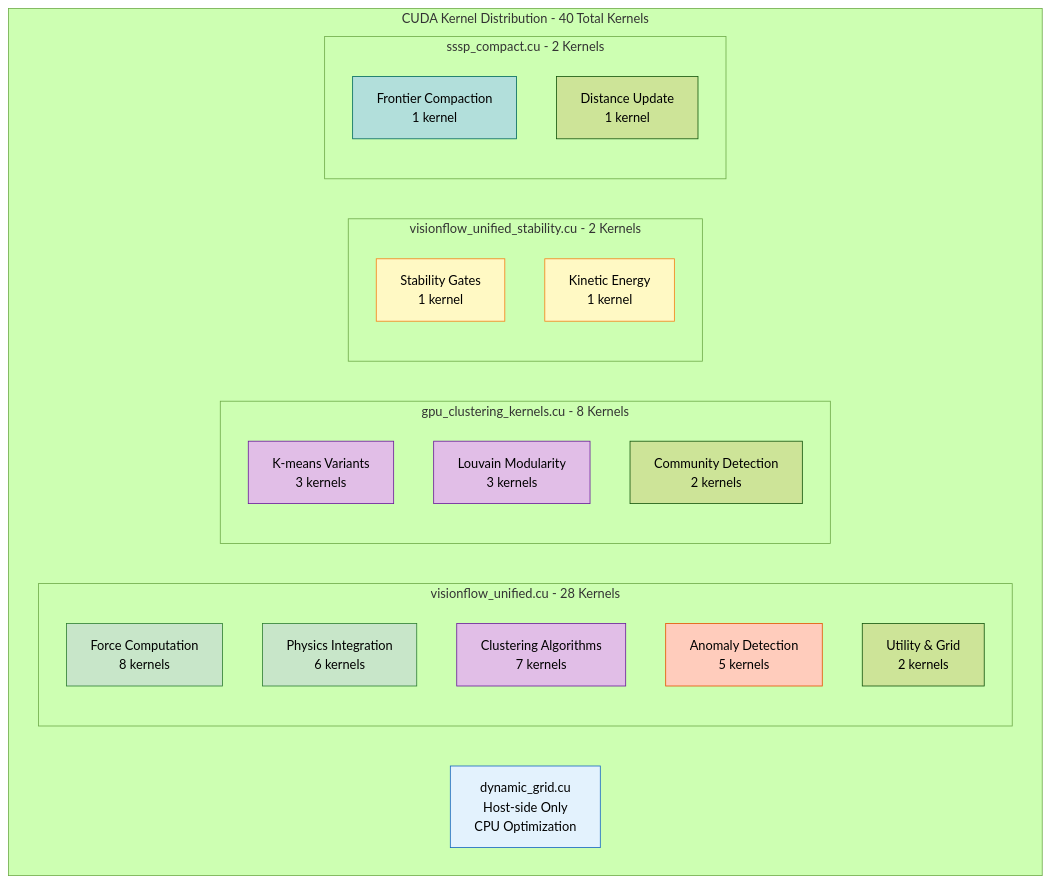
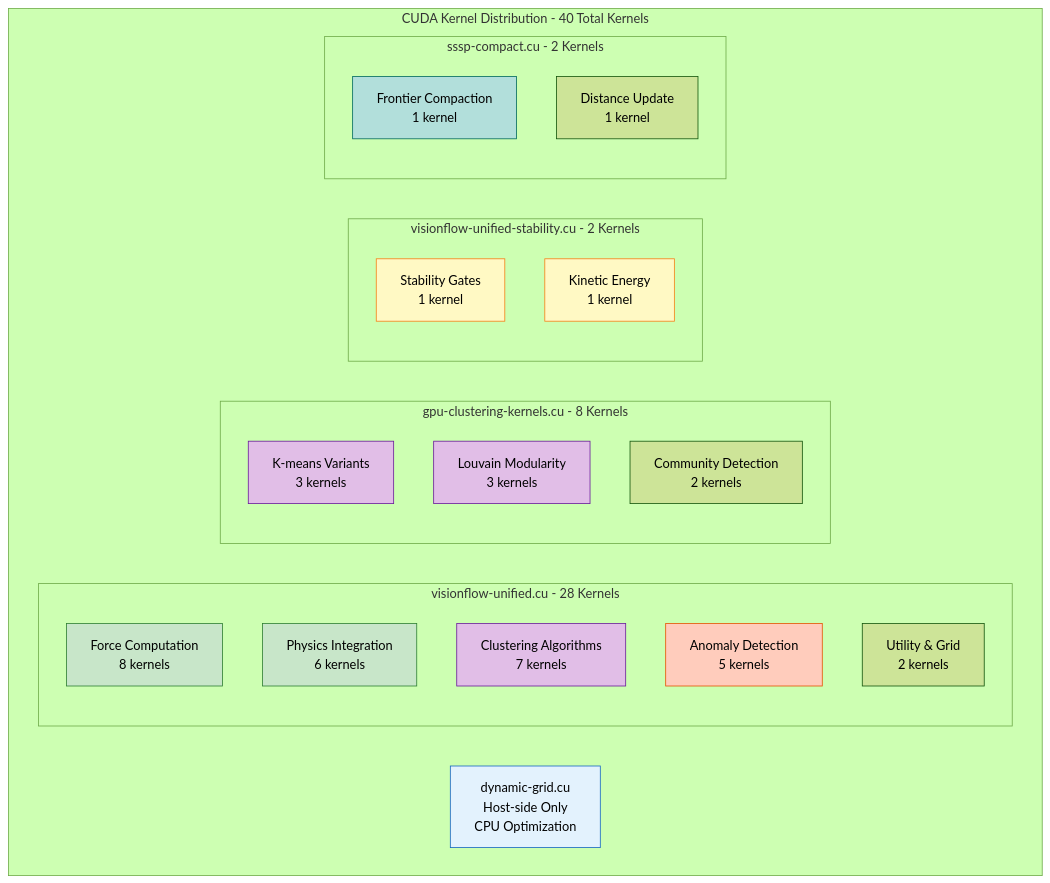
The fifth of 11 diagrams in docs/concepts/architecture/core/server.md (DreamLab-AI/VisionFlow), drawn with Mermaid (forest theme) before and after one commit. The commit also changed other lines of this file and 184 other files, not shown here.

````diff
--- a/docs/concepts/architecture/core/server.md
+++ b/docs/concepts/architecture/core/server.md
@@ -306,41 +306,41 @@
 ```mermaid
 graph TB
     subgraph "CUDA Kernel Distribution - 40 Total Kernels"
-        subgraph "visionflow_unified.cu - 28 Kernels"
+        subgraph "visionflow-unified.cu - 28 Kernels"
             VF1["Force Computation<br/>8 kernels"]
             VF2["Physics Integration<br/>6 kernels"]
             VF3["Clustering Algorithms<br/>7 kernels"]
             VF4["Anomaly Detection<br/>5 kernels"]
             VF5["Utility & Grid<br/>2 kernels"]
         end
 
-        subgraph "gpu_clustering_kernels.cu - 8 Kernels"
+        subgraph "gpu-clustering-kernels.cu - 8 Kernels"
             CL1["K-means Variants<br/>3 kernels"]
             CL2["Louvain Modularity<br/>3 kernels"]
             CL3["Community Detection<br/>2 kernels"]
         end
 
-        subgraph "visionflow_unified_stability.cu - 2 Kernels"
+        subgraph "visionflow-unified-stability.cu - 2 Kernels"
             ST1["Stability Gates<br/>1 kernel"]
             ST2["Kinetic Energy<br/>1 kernel"]
         end
 
-        subgraph "sssp_compact.cu - 2 Kernels"
+        subgraph "sssp-compact.cu - 2 Kernels"
             SS1["Frontier Compaction<br/>1 kernel"]
             SS2["Distance Update<br/>1 kernel"]
         end
 
-        DG["dynamic_grid.cu<br/>Host-side Only<br/>CPU Optimization"]
+        DG["dynamic-grid.cu<br/>Host-side Only<br/>CPU Optimization"]
     end
 
     style VF1 fill:#c8e6c9,stroke:#2E7D32
     style VF2 fill:#c8e6c9,stroke:#2E7D32
     style VF3 fill:#e1bee7,stroke:#6A1B9A
     style VF4 fill:#ffccbc,stroke:#E65100
     style CL1 fill:#e1bee7,stroke:#6A1B9A
     style CL2 fill:#e1bee7,stroke:#6A1B9A
     style ST1 fill:#fff9c4,stroke:#F57F17
     style ST2 fill:#fff9c4,stroke:#F57F17
     style SS1 fill:#b2dfdb,stroke:#00695C
     style DG fill:#e3f2fd,stroke:#1565C0
 ```
````
